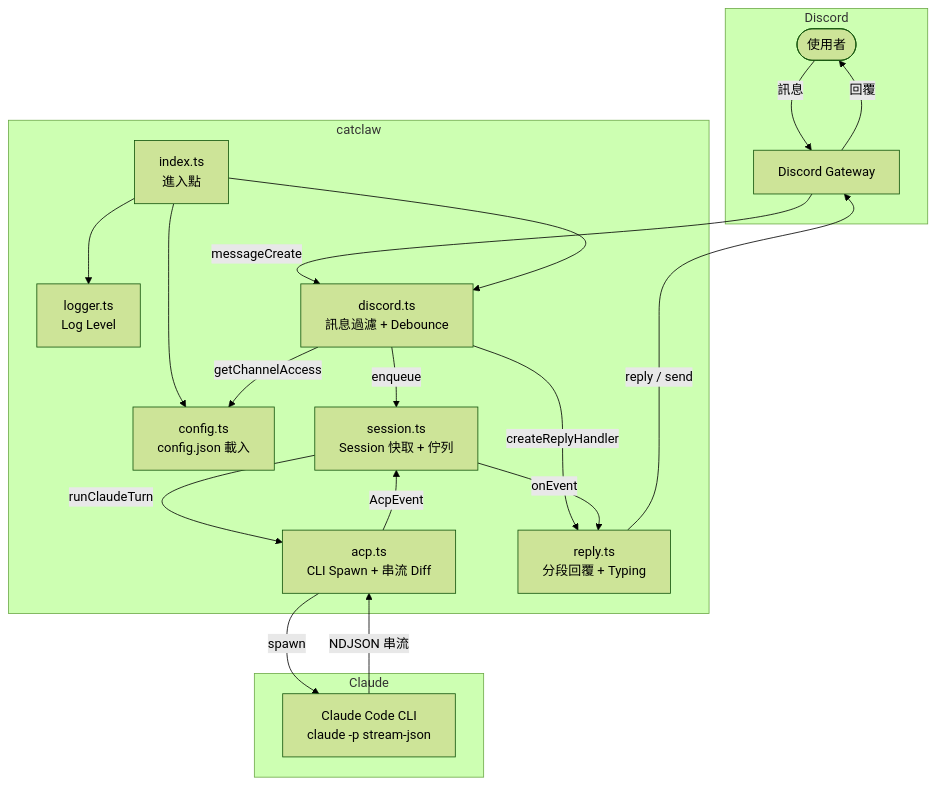
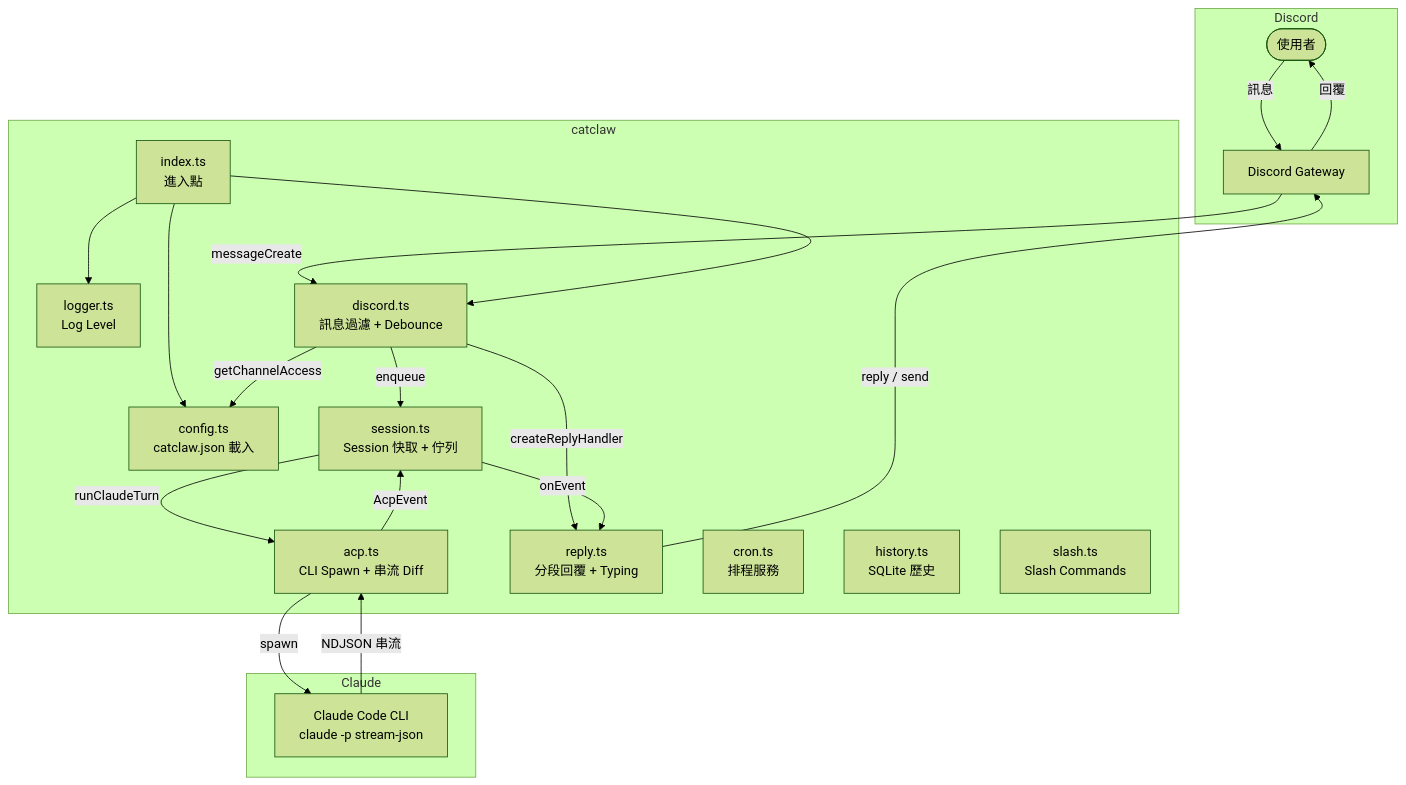
Before and after one commit to wellstseng/claude_discord: the diagram in README.md, drawn with Mermaid (forest theme). The commit also changed other lines of this file, not shown here.

````diff
--- a/README.md
+++ b/README.md
@@ -22,37 +32,40 @@
 ```mermaid
 graph TB
     subgraph Discord
         User([使用者])
         DGW[Discord Gateway]
     end
 
     subgraph catclaw
         IDX[index.ts<br/>進入點]
-        CFG[config.ts<br/>config.json 載入]
+        CFG[config.ts<br/>catclaw.json 載入]
         LOG[logger.ts<br/>Log Level]
         DIS[discord.ts<br/>訊息過濾 + Debounce]
         SES[session.ts<br/>Session 快取 + 佇列]
         ACP[acp.ts<br/>CLI Spawn + 串流 Diff]
         REP[reply.ts<br/>分段回覆 + Typing]
+        CRN[cron.ts<br/>排程服務]
+        HST[history.ts<br/>SQLite 歷史]
+        SLH[slash.ts<br/>Slash Commands]
     end
 
     subgraph Claude
         CLI[Claude Code CLI<br/>claude -p stream-json]
     end
 
     User -->|訊息| DGW
     DGW -->|messageCreate| DIS
     IDX --> CFG
     IDX --> LOG
     IDX --> DIS
     DIS -->|getChannelAccess| CFG
     DIS -->|createReplyHandler| REP
     DIS -->|enqueue| SES
     SES -->|runClaudeTurn| ACP
     ACP -->|spawn| CLI
     CLI -->|NDJSON 串流| ACP
     ACP -->|AcpEvent| SES
     SES -->|onEvent| REP
     REP -->|reply / send| DGW
     DGW -->|回覆| User
 ```
````
